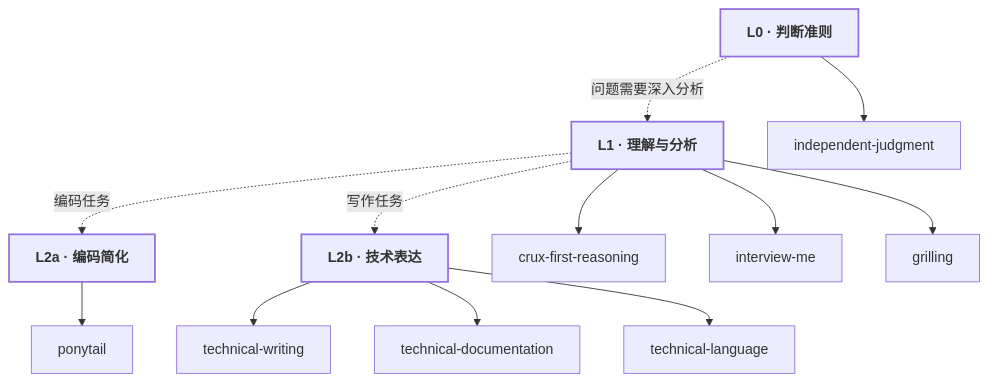
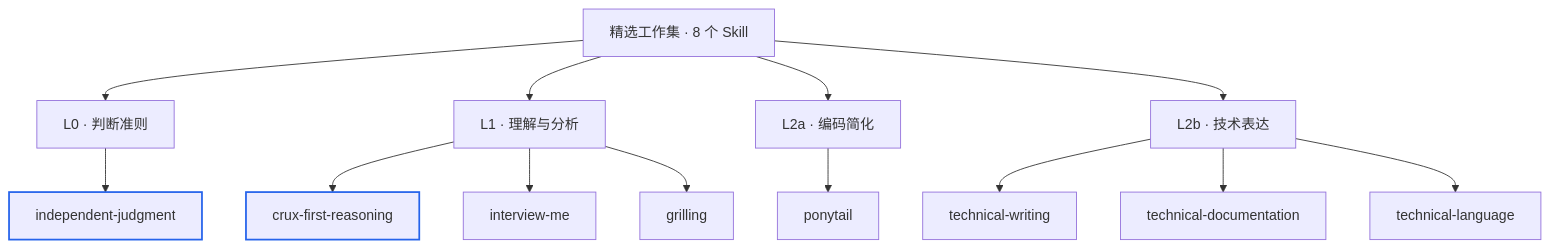
The diagram in README.md (oydodo/skills), drawn with Mermaid before and after one commit. The commit also changed other lines of this file and 1 other file, not shown here.

Commit message:
docs: explain skill curation rationale, routing and expected outcomes in README

````diff
--- a/README.md
+++ b/README.md
@@ -5,24 +20,21 @@
 ```mermaid
 flowchart TB
-    L0["L0 · 判断准则"]
-    L1["L1 · 理解与分析"]
-    L2C["L2a · 编码简化"]
-    L2W["L2b · 技术表达"]
+    ROOT["精选工作集 · 8 个 Skill"]
+
+    ROOT --> L0["L0 · 判断准则"]
+    ROOT --> L1["L1 · 理解与分析"]
+    ROOT --> L2C["L2a · 编码简化"]
+    ROOT --> L2W["L2b · 技术表达"]
 
     L0 --> IJ["independent-judgment"]
-    L0 -. "问题需要深入分析" .-> L1
     L1 --> CR["crux-first-reasoning"]
     L1 --> IM["interview-me"]
     L1 --> GR["grilling"]
-
-    L1 -. "编码任务" .-> L2C
-    L1 -. "写作任务" .-> L2W
-
     L2C --> PT["ponytail"]
     L2W --> TW["technical-writing"]
     L2W --> TD["technical-documentation"]
     L2W --> TL["technical-language"]
 
-    classDef layer stroke-width:2px,font-weight:bold
-    class L0,L1,L2C,L2W layer
+    classDef core stroke:#2563eb,stroke-width:2px
+    class IJ,CR core
 ```
````
